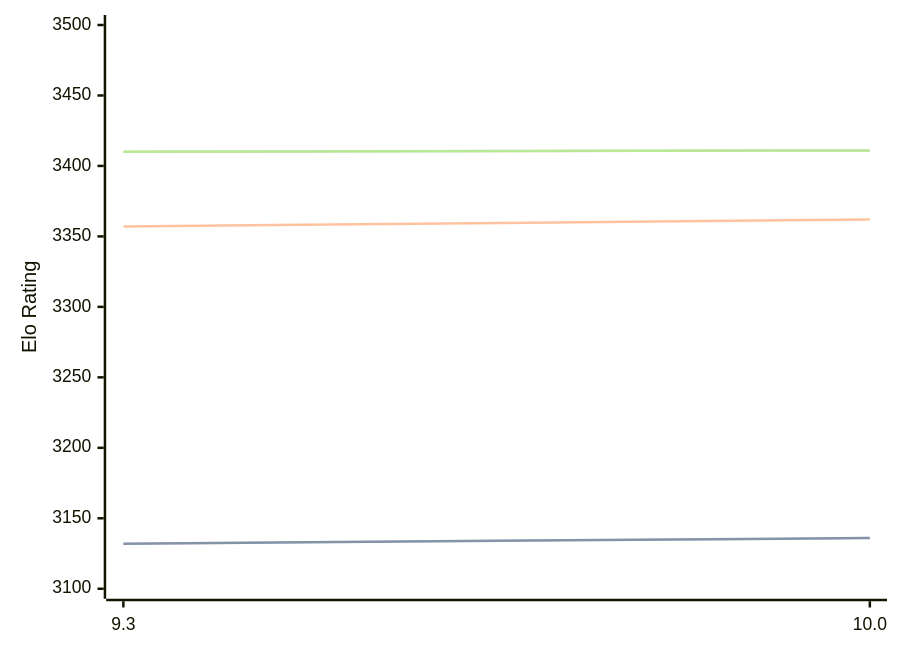
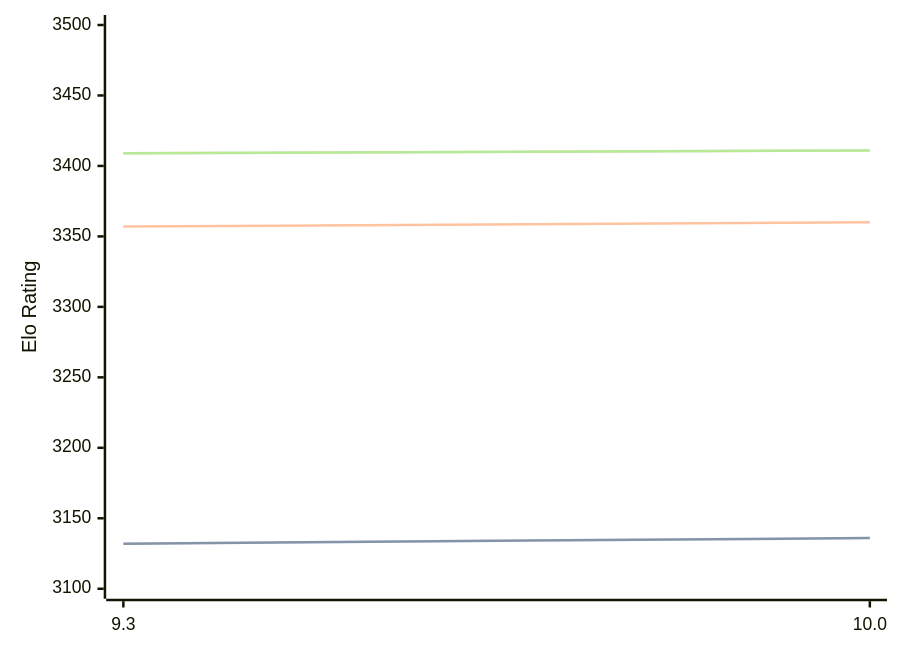
One commit to computer-chess-index/cci changed the first of 3 diagrams in engines/Fire.md. Above: the diagram before and after it, drawn with Mermaid. The commit also changed other lines of this file, not shown here.

Commit message:
Update CCI Ratings (ELO VLTC) - 2026-06-19

````diff
--- a/engines/Fire.md
+++ b/engines/Fire.md
@@ -47,11 +47,11 @@
 ```mermaid
 %%{init: {"theme":"base","themeVariables":{"seriesColors:['#a3a3a3','#222221','#faa371']}}}%%
 xychart-beta
   x-axis ["9.3", "10.0"]
   y-axis "Elo Rating" 3100 --> 3500
   line "STC (8.0+0.08s)" [3132, 3136]
   line "STC (8.0+0.08s)" [3132, 3136]
-  line "LTC (60.0+0.60s)" [3357, 3362]
-  line "VLTC (2m24s+1.12s)" [3410, 3411]
-  line "VLTC (2m24s+1.12s)" [3410, 3411]
+  line "LTC (60.0+0.60s)" [3357, 3360]
+  line "VLTC (2m24s+1.12s)" [3409, 3411]
+  line "VLTC (2m24s+1.12s)" [3409, 3411]
 ```
````
